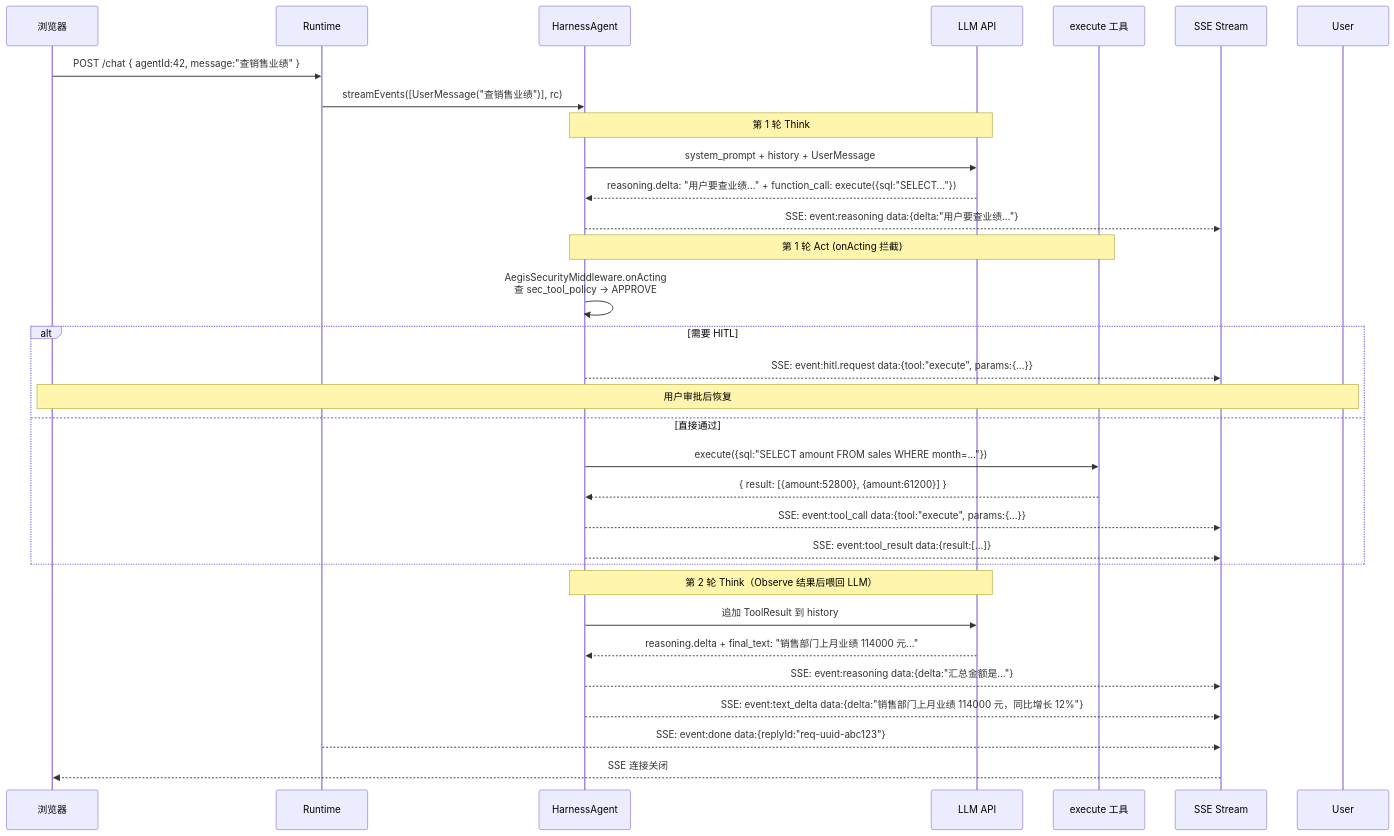
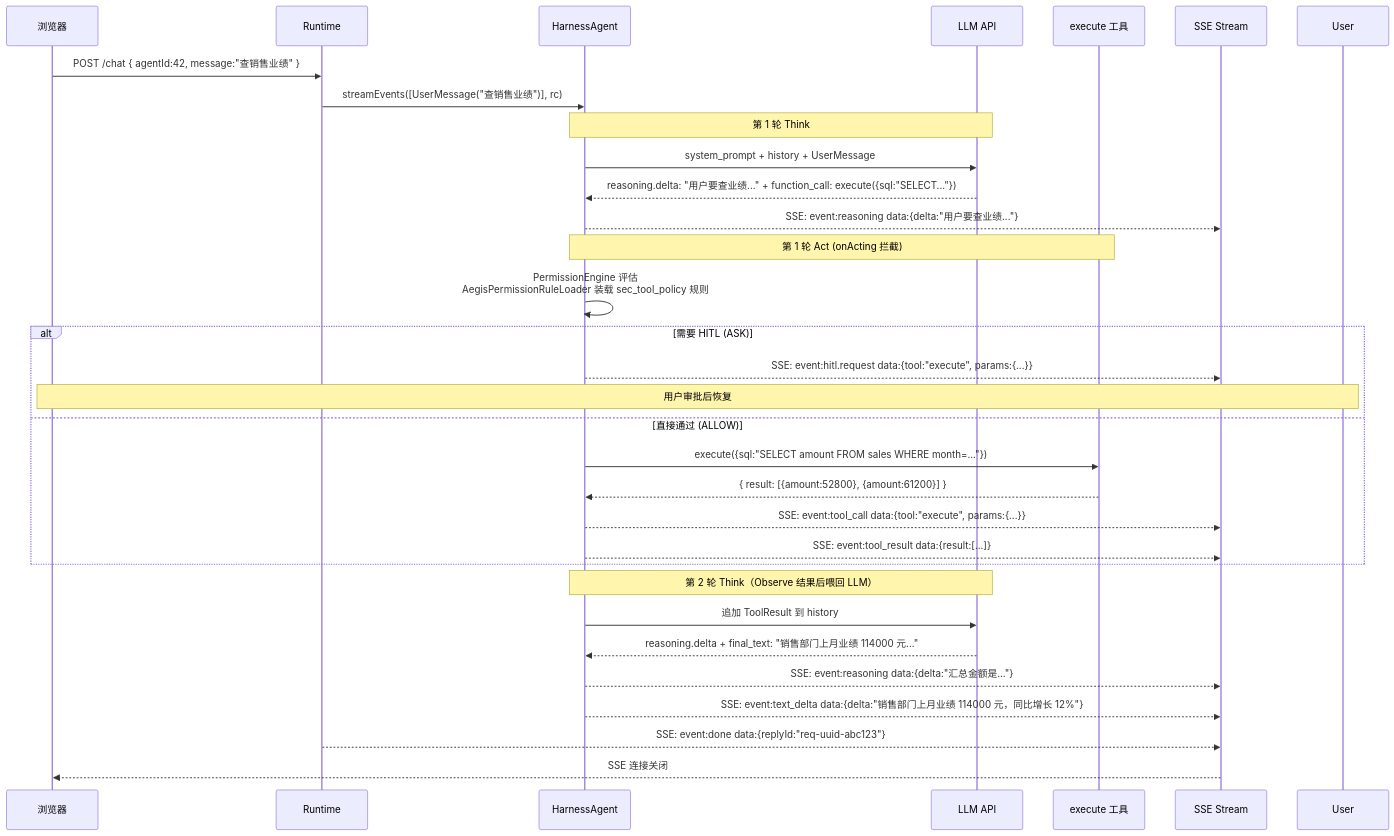
One commit to HarnessAgentStack/AegisAgent changed the eighth of 11 diagrams in docs/runtime-execution-flow.md. Above: the diagram before and after it, drawn with Mermaid. The commit also changed other lines of this file and 5 other files, not shown here.

````diff
--- a/docs/runtime-execution-flow.md
+++ b/docs/runtime-execution-flow.md
@@ -316,38 +307,38 @@
 ```mermaid
 sequenceDiagram
     participant Client as 浏览器
     participant RT as Runtime
     participant AS as HarnessAgent
     participant LLM as LLM API
     participant Tool as execute 工具
     participant SSE as SSE Stream
 
     Client->>RT: POST /chat { agentId:42, message:"查销售业绩" }
     RT->>AS: streamEvents([UserMessage("查销售业绩")], rc)
 
     Note over AS,LLM: 第 1 轮 Think
     AS->>LLM: system_prompt + history + UserMessage
     LLM-->>AS: reasoning.delta: "用户要查业绩..." + function_call: execute({sql:"SELECT..."})
     AS-->>SSE: SSE: event:reasoning  data:{delta:"用户要查业绩..."}
 
     Note over AS,Tool: 第 1 轮 Act (onActing 拦截)
-    AS->>AS: AegisSecurityMiddleware.onActing<br/>查 sec_tool_policy → APPROVE
-    alt 需要 HITL
+    AS->>AS: PermissionEngine 评估<br/>AegisPermissionRuleLoader 装载 sec_tool_policy 规则
+    alt 需要 HITL (ASK)
         AS-->>SSE: SSE: event:hitl.request data:{tool:"execute", params:{...}}
         Note over Client,User: 用户审批后恢复
-    else 直接通过
+    else 直接通过 (ALLOW)
         AS->>Tool: execute({sql:"SELECT amount FROM sales WHERE month=..."})
         Tool-->>AS: { result: [{amount:52800}, {amount:61200}] }
         AS-->>SSE: SSE: event:tool_call data:{tool:"execute", params:{...}}
         AS-->>SSE: SSE: event:tool_result data:{result:[...]}
     end
 
     Note over AS,LLM: 第 2 轮 Think（Observe 结果后喂回 LLM）
     AS->>LLM: 追加 ToolResult 到 history
     LLM-->>AS: reasoning.delta + final_text: "销售部门上月业绩 114000 元..."
     AS-->>SSE: SSE: event:reasoning  data:{delta:"汇总金额是..."}
     AS-->>SSE: SSE: event:text_delta data:{delta:"销售部门上月业绩 114000 元，同比增长 12%"}
 
     RT-->>SSE: SSE: event:done data:{replyId:"req-uuid-abc123"}
     SSE-->>Client: SSE 连接关闭
 ```
````
